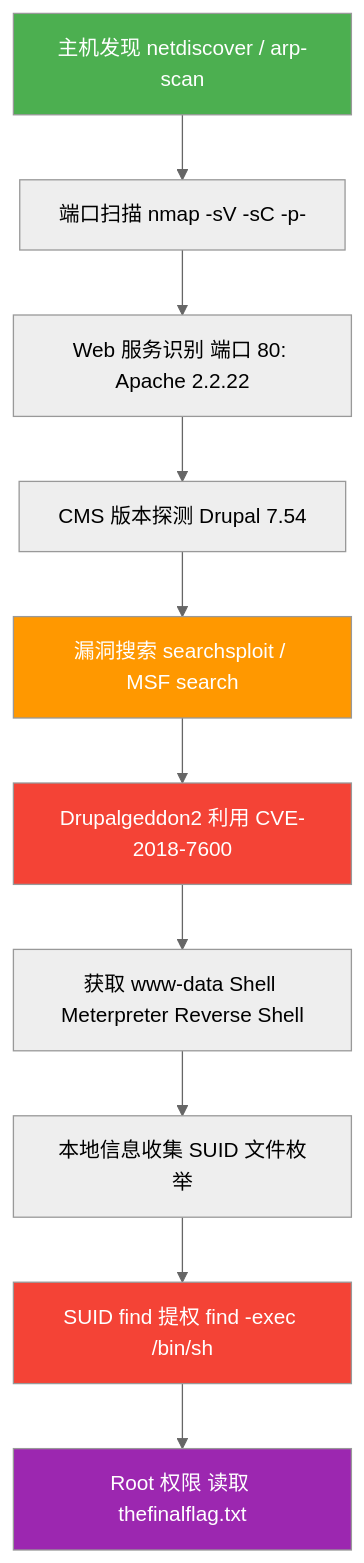
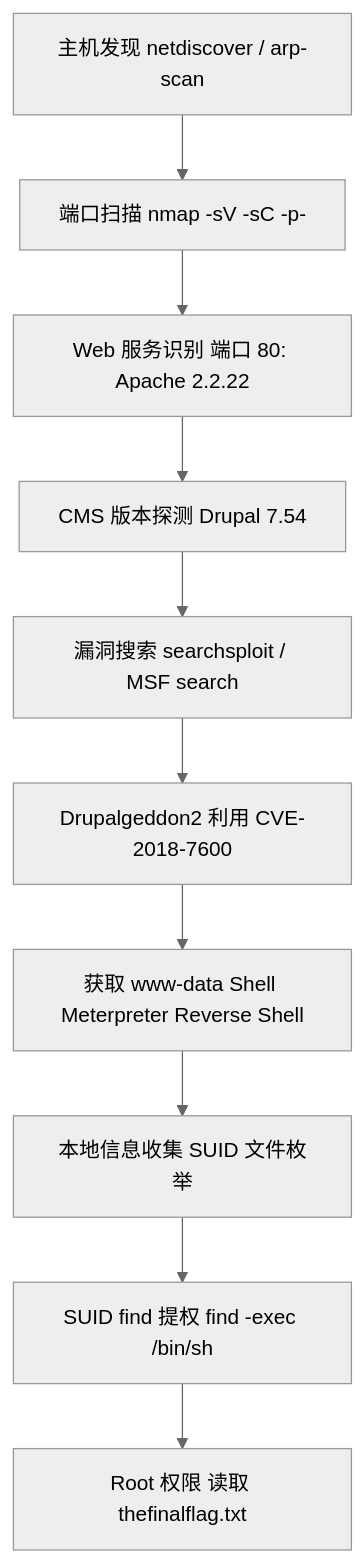
The diagram in source/_posts/VulnHub-DC1-writeup.md (congliang/congliang.github.io), drawn with Mermaid (neutral theme) before and after one commit. The commit also changed 42 other files, not shown here.

Commit message:
优化 Mermaid 图表渲染兼容性

````diff
--- a/source/_posts/VulnHub-DC1-writeup.md
+++ b/source/_posts/VulnHub-DC1-writeup.md
@@ -170,18 +170,13 @@
 ```mermaid
 flowchart TD
-    A[主机发现 netdiscover / arp-scan] --> B[端口扫描 nmap -sV -sC -p-]
-    B --> C[Web 服务识别 端口 80: Apache 2.2.22]
-    C --> D[CMS 版本探测 Drupal 7.54]
-    D --> E[漏洞搜索 searchsploit / MSF search]
-    E --> F[Drupalgeddon2 利用 CVE-2018-7600]
-    F --> G[获取 www-data Shell Meterpreter Reverse Shell]
-    G --> H[本地信息收集 SUID 文件枚举]
-    H --> I[SUID find 提权 find -exec /bin/sh]
-    I --> J[Root 权限 读取 thefinalflag.txt]
+    A["主机发现 netdiscover / arp-scan"] --> B["端口扫描 nmap -sV -sC -p-"]
+    B --> C["Web 服务识别 端口 80: Apache 2.2.22"]
+    C --> D["CMS 版本探测 Drupal 7.54"]
+    D --> E["漏洞搜索 searchsploit / MSF search"]
+    E --> F["Drupalgeddon2 利用 CVE-2018-7600"]
+    F --> G["获取 www-data Shell Meterpreter Reverse Shell"]
+    G --> H["本地信息收集 SUID 文件枚举"]
+    H --> I["SUID find 提权 find -exec /bin/sh"]
+    I --> J["Root 权限 读取 thefinalflag.txt"]
     
-    style A fill:#4CAF50,color:#fff
-    style E fill:#FF9800,color:#fff
-    style F fill:#F44336,color:#fff
-    style I fill:#F44336,color:#fff
-    style J fill:#9C27B0,color:#fff
 ```
````
